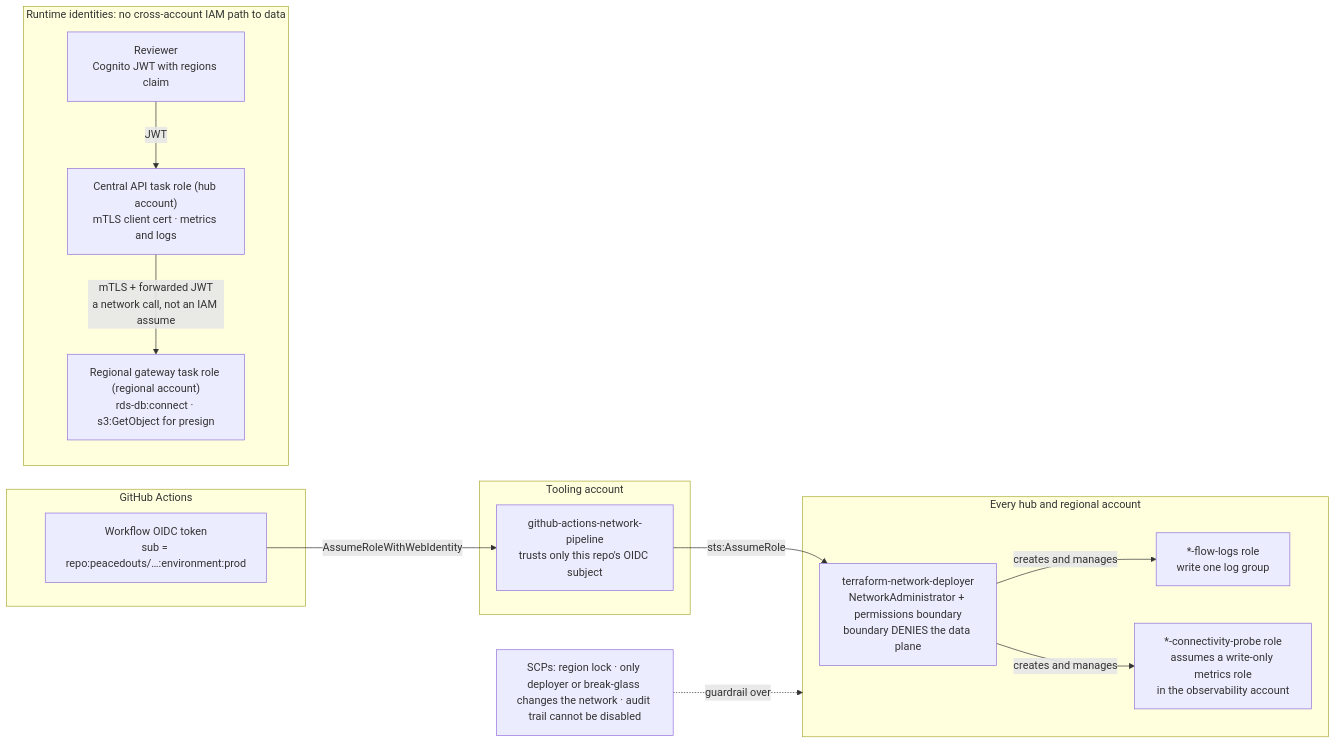
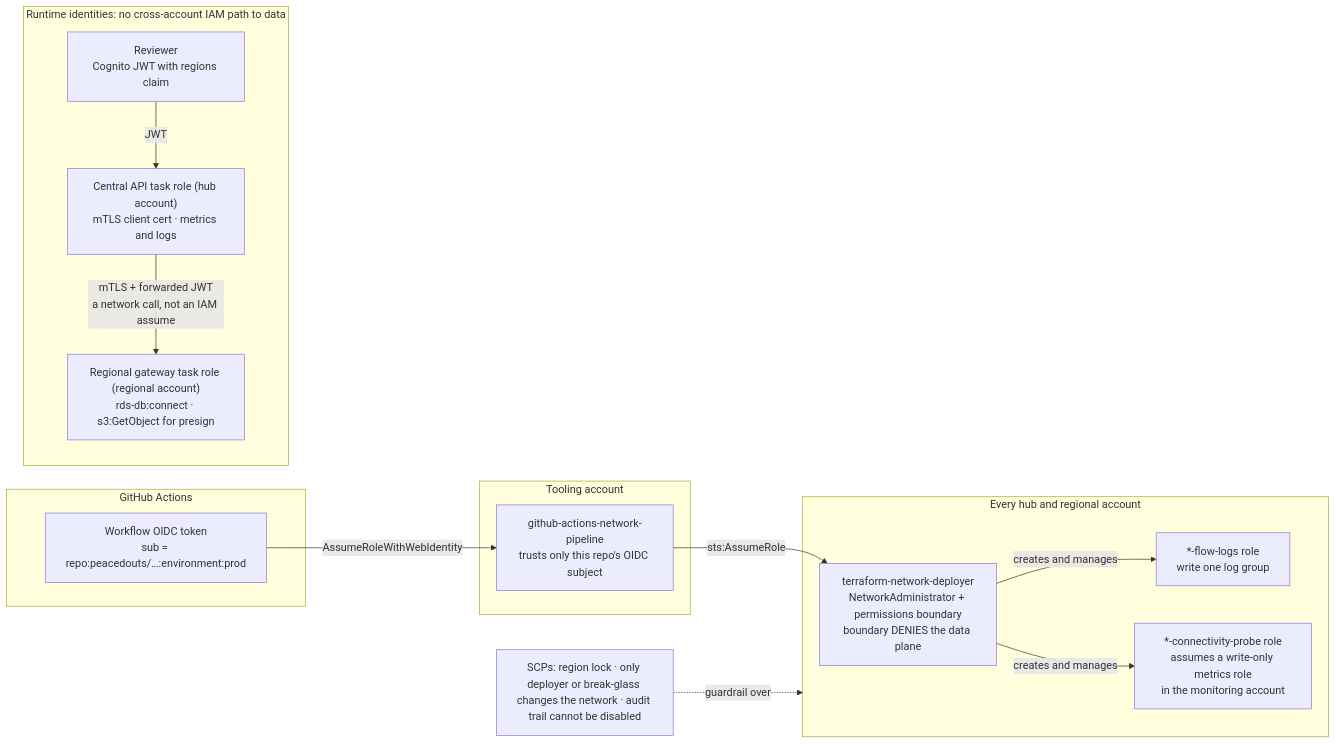
One commit to peacedouts/AWS-multi-region-observability-network changed the fourth of 4 diagrams in docs/architecture.md. Above: the diagram before and after it, drawn with Mermaid. The commit also changed other lines of this file and 21 other files, not shown here.

````diff
--- a/docs/architecture.md
+++ b/docs/architecture.md
@@ -248,29 +248,29 @@
 ```mermaid
 flowchart LR
     subgraph GH["GitHub Actions"]
         oidc["Workflow OIDC token<br/>sub = repo:peacedouts/…:environment:prod"]
     end
     subgraph TOOL["Tooling account"]
         pipe["github-actions-network-pipeline<br/>trusts only this repo's OIDC subject"]
     end
     subgraph EACH["Every hub and regional account"]
         dep["terraform-network-deployer<br/>NetworkAdministrator + permissions boundary<br/>boundary DENIES the data plane"]
         fl["*-flow-logs role<br/>write one log group"]
-        pr["*-connectivity-probe role<br/>assumes a write-only metrics role<br/>in the observability account"]
+        pr["*-connectivity-probe role<br/>assumes a write-only metrics role<br/>in the monitoring account"]
     end
     oidc -- "AssumeRoleWithWebIdentity" --> pipe
     pipe -- "sts:AssumeRole" --> dep
     dep -- "creates and manages" --> fl
     dep -- "creates and manages" --> pr
 
     subgraph RT["Runtime identities: no cross-account IAM path to data"]
         rev["Reviewer<br/>Cognito JWT with regions claim"]
         capi["Central API task role (hub account)<br/>mTLS client cert · metrics and logs"]
         gw["Regional gateway task role (regional account)<br/>rds-db:connect · s3:GetObject for presign"]
     end
     rev -- "JWT" --> capi
     capi -- "mTLS + forwarded JWT<br/>a network call, not an IAM assume" --> gw
 
     scp["SCPs: region lock · only deployer or break-glass changes the network · audit trail cannot be disabled"]
     scp -. "guardrail over" .-> EACH
 ```
````
